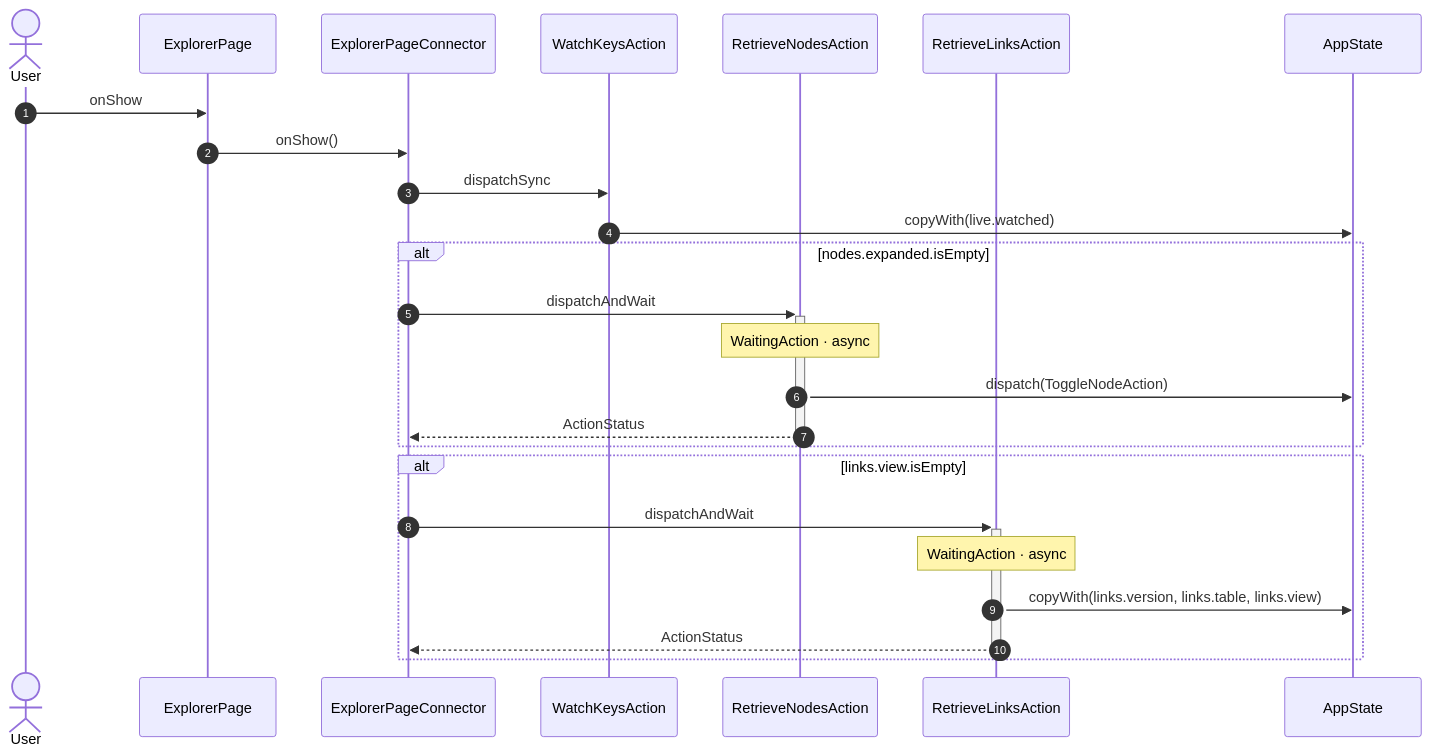
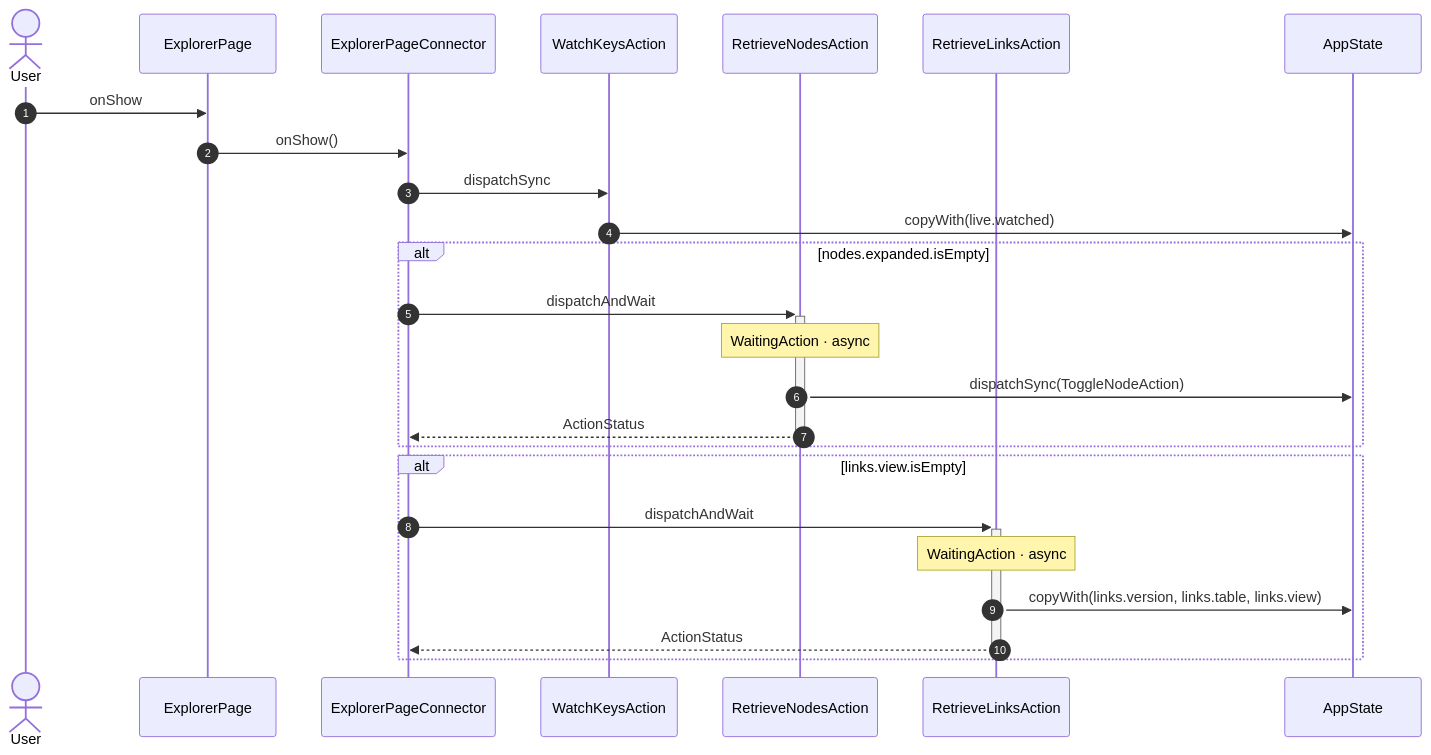
One commit to gencto/wyrm changed the third of 29 diagrams in studio/docs/flows/explorer.md. Above: the diagram before and after it, drawn with Mermaid. The commit also changed 306 other files, not shown here.

````diff
--- a/studio/docs/flows/explorer.md
+++ b/studio/docs/flows/explorer.md
@@ -45,28 +45,28 @@
 ```mermaid
 sequenceDiagram
     autonumber
     actor User
     participant UI as ExplorerPage
     participant VM as ExplorerPageConnector
     participant A1 as WatchKeysAction
     participant A2 as RetrieveNodesAction
     participant A3 as RetrieveLinksAction
     participant ST as AppState
 
     User->>UI: onShow
     UI->>VM: onShow()
     VM->>A1: dispatchSync
     A1->>ST: copyWith(live.watched)
     alt nodes.expanded.isEmpty
         VM->>+A2: dispatchAndWait
         Note over A2: WaitingAction · async
-        A2->>ST: dispatch(ToggleNodeAction)
+        A2->>ST: dispatchSync(ToggleNodeAction)
         A2-->>-VM: ActionStatus
     end
     alt links.view.isEmpty
         VM->>+A3: dispatchAndWait
         Note over A3: WaitingAction · async
         A3->>ST: copyWith(links.version, links.table, links.view)
         A3-->>-VM: ActionStatus
     end
 ```
````
